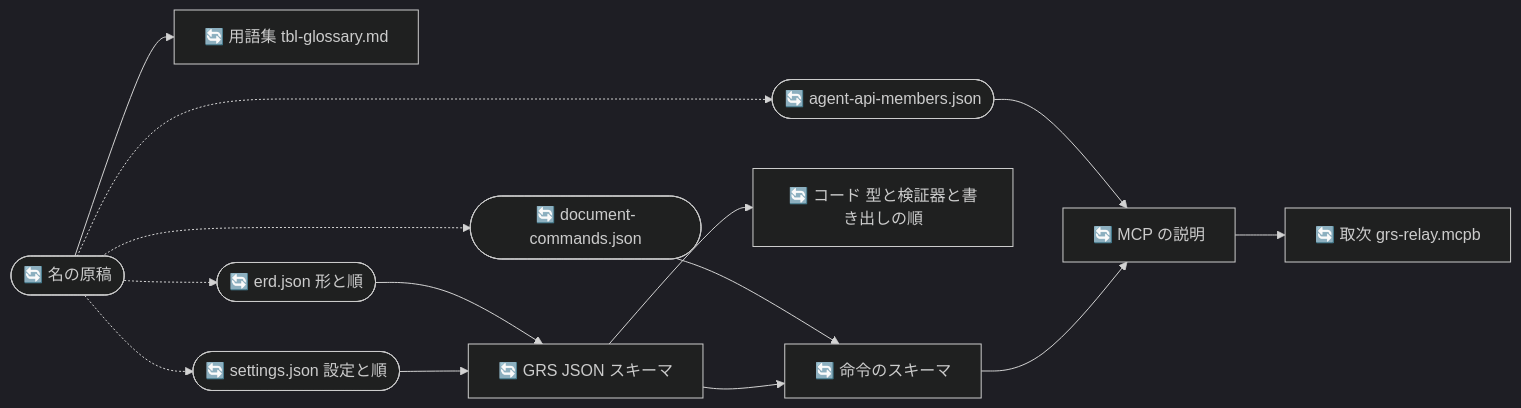
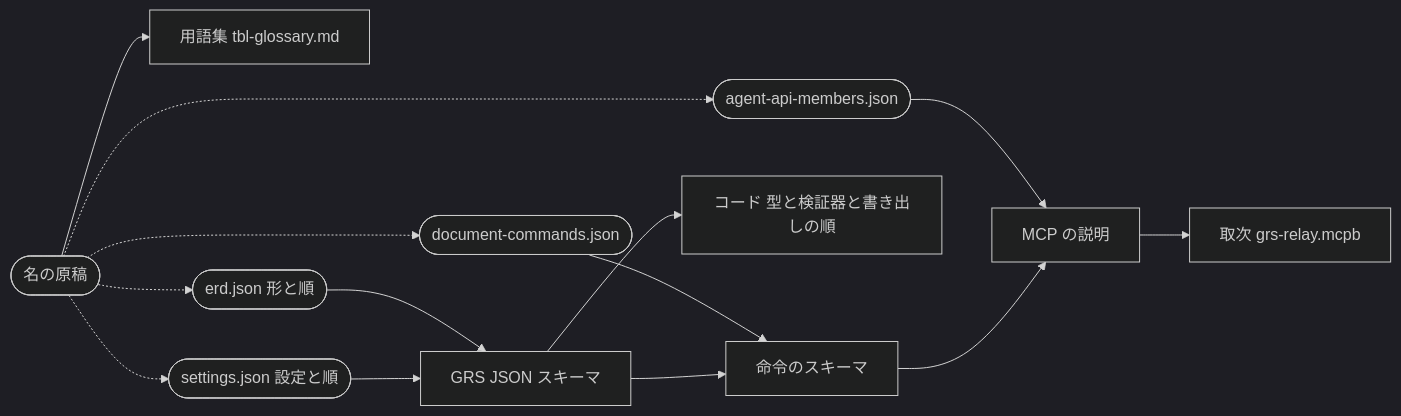
One commit to GoodRelax/gr-scheduler changed the first of 2 diagrams in studies/76-grs-json-beta-shape/terms/12-ssot-questions.md. Above: the diagram before and after it, drawn with Mermaid (dark theme). The commit also changed other lines of this file, not shown here.

````diff
--- a/studies/76-grs-json-beta-shape/terms/12-ssot-questions.md
+++ b/studies/76-grs-json-beta-shape/terms/12-ssot-questions.md
@@ -40,16 +40,16 @@
 ```mermaid
 graph LR
-  names([🔄 名の原稿]) --> glo[🔄 用語集 tbl-glossary.md]
-  names -.-> erd([🔄 erd.json 形と順])
-  names -.-> set([🔄 settings.json 設定と順])
-  names -.-> api([🔄 agent-api-members.json])
-  names -.-> cmd([🔄 document-commands.json])
-  erd --> schema[🔄 GRS JSON スキーマ]
+  names([名の原稿]) --> glo[用語集 tbl-glossary.md]
+  names -.-> erd([erd.json 形と順])
+  names -.-> set([settings.json 設定と順])
+  names -.-> api([agent-api-members.json])
+  names -.-> cmd([document-commands.json])
+  erd --> schema[GRS JSON スキーマ]
   set --> schema
-  schema --> code[🔄 コード 型と検証器と書き出しの順]
-  cmd --> cschema[🔄 命令のスキーマ]
+  schema --> code[コード 型と検証器と書き出しの順]
+  cmd --> cschema[命令のスキーマ]
   schema --> cschema
-  api --> mcp[🔄 MCP の説明]
+  api --> mcp[MCP の説明]
   cschema --> mcp
-  mcp --> relay[🔄 取次 grs-relay.mcpb]
+  mcp --> relay[取次 grs-relay.mcpb]
 ```
````
